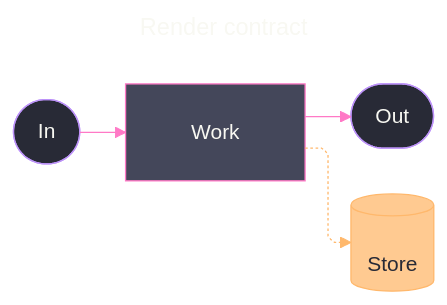
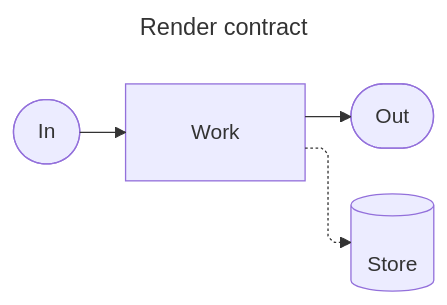
The first of 2 diagrams in .claude/skills/mermaid-diagramming/references/config.md (bsamiee/Rasm), drawn with Mermaid before and after one commit. The commit also changed other lines of this file and 28 other files, not shown here.

Commit message:
skills(docgen+mermaid): payload-only diagram law — docgen gate/fixer strips fence styling; mermaid bundle sheds the styling canon, theming survives as one opt-in reference

````diff
--- a/.claude/skills/mermaid-diagramming/references/config.md
+++ b/.claude/skills/mermaid-diagramming/references/config.md
@@ -9,43 +9,22 @@
 ```mermaid
 ---
 title: Render contract
 config:
-  theme: base
-  look: classic
   layout: elk
   htmlLabels: true
   markdownAutoWrap: false
   deterministicIds: true
   elk:
     nodePlacementStrategy: NETWORK_SIMPLEX
     considerModelOrder: NODES_AND_EDGES
   flowchart:
     curve: linear
     defaultRenderer: elk
     padding: 25
-  themeVariables:
-    darkMode: true
-    fontFamily: "SF Mono, Menlo, Cascadia Mono, Segoe UI Mono, Consolas, monospace"
-    useGradient: false
-    dropShadow: "none"
-    mainBkg: "#44475A"
-    nodeBorder: "#BD93F9"
-    lineColor: "#FF79C6"
-    textColor: "#F8F8F2"
-    edgeLabelBackground: "#21222C"
-    labelBackgroundColor: "#21222C"
-  themeCSS: ".nodeLabel{font-size:13px;font-weight:500}.edgeLabel{font-size:12px;font-weight:500}.edge-thickness-normal{stroke-width:2px}.edge-thickness-thick{stroke-width:3px}.edge-pattern-dashed,.edge-pattern-dotted{stroke-width:1.5px;stroke-dasharray:4 6}.node rect,.node circle,.node polygon,.node path,.node .outer-path{stroke-width:1.5px;filter:none!important}.marker path{transform:scale(.8);transform-origin:5px 5px}.marker circle{transform:scale(.48);transform-origin:5px 5px}.edgeLabel rect{transform-box:fill-box;transform-origin:center;transform:scale(1.1,1.2)}"
 ---
 flowchart LR
   accTitle: Frontmatter contract demo
   accDescr: A three-stage flow with a dotted store trace, its whole render contract carried in fence frontmatter.
   In([In]) --> Work[Work] --> Out([Out])
   Work -.-> Store[(Store)]
-  linkStyle 2 stroke:#FFB86C,color:#F8F8F2
-  classDef primary fill:#44475A,stroke:#FF79C6,color:#F8F8F2
-  classDef boundary fill:#282A36,stroke:#BD93F9,color:#F8F8F2
-  classDef data fill:#FFB86CBF,stroke:#FFB86C,color:#282A36
-  class Work primary
-  class In,Out boundary
-  class Store data
 ```
````
